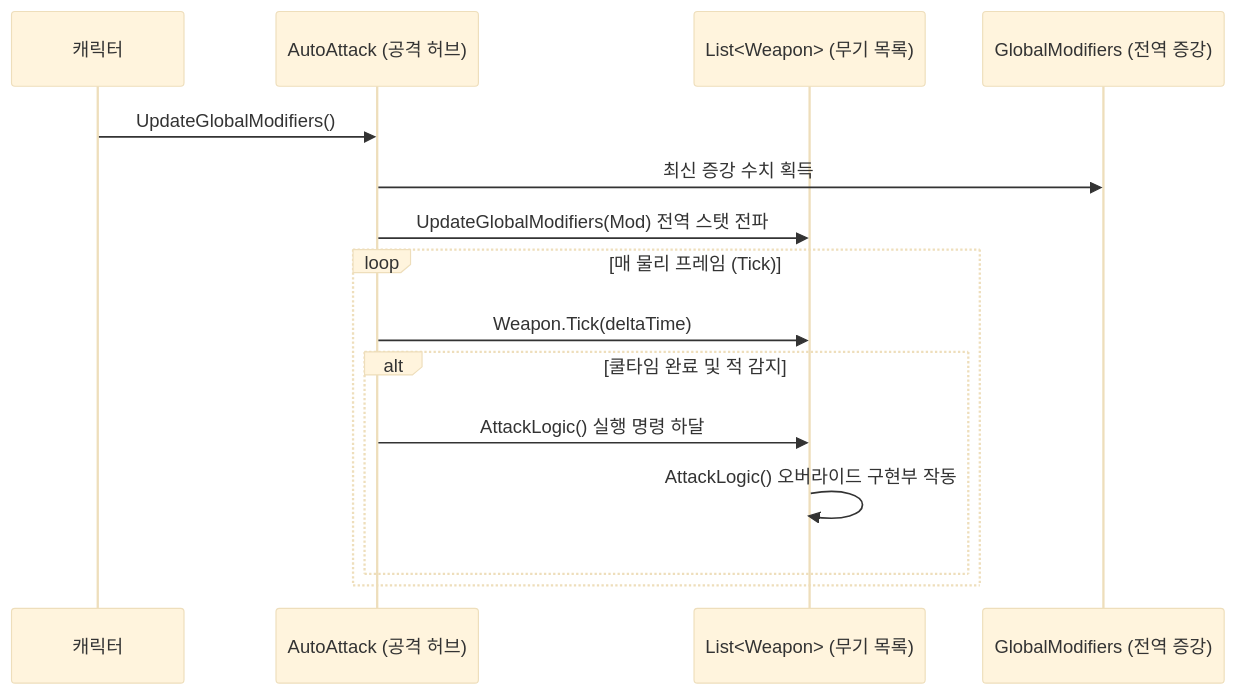
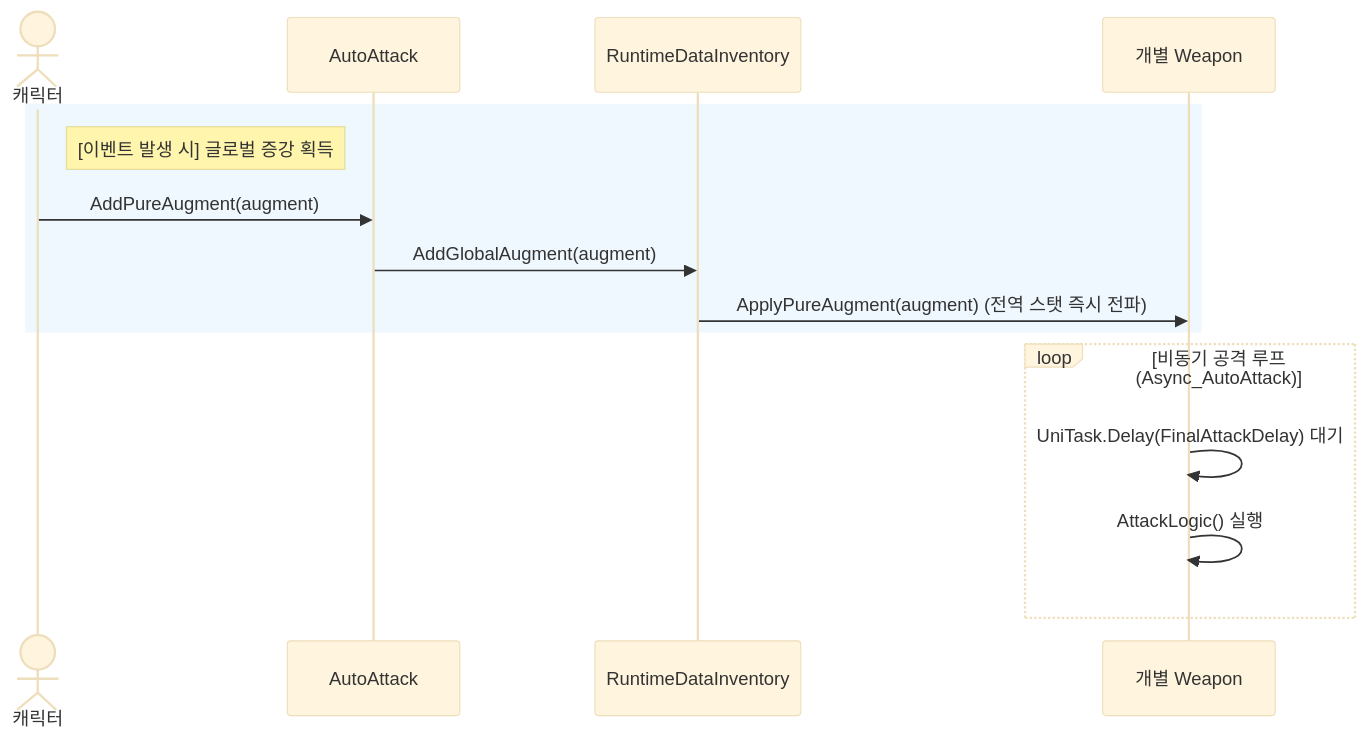
One commit to WhiteAppleKo/Portfolio changed the third of 5 diagrams in portfolio/project4/README.md. Above: the diagram before and after it, drawn with Mermaid (base theme). The commit also changed other lines of this file and 22 other files, not shown here.

````diff
--- a/portfolio/project4/README.md
+++ b/portfolio/project4/README.md
@@ -86,18 +120,19 @@
 ```mermaid
 sequenceDiagram
-    participant Player as 캐릭터
-    participant Hub as AutoAttack (공격 허브)
-    participant List as List<Weapon> (무기 목록)
-    participant Mod as GlobalModifiers (전역 증강)
+    actor Player as 캐릭터
+    participant Hub as AutoAttack
+    participant Inv as RuntimeDataInventory
+    participant Weapon as 개별 Weapon
 
-    Player->>Hub: UpdateGlobalModifiers()
-    Hub->>Mod: 최신 증강 수치 획득
-    Hub->>List: UpdateGlobalModifiers(Mod) 전역 스탯 전파
-    loop 매 물리 프레임 (Tick)
-        Hub->>List: Weapon.Tick(deltaTime)
-        alt 쿨타임 완료 및 적 감지
-            Hub->>List: AttackLogic() 실행 명령 하달
-            List->>List: AttackLogic() 오버라이드 구현부 작동
-        end
+    rect rgb(240, 248, 255)
+        note right of Player: [이벤트 발생 시] 글로벌 증강 획득
+        Player->>Hub: AddPureAugment(augment)
+        Hub->>Inv: AddGlobalAugment(augment)
+        Inv->>Weapon: ApplyPureAugment(augment) (전역 스탯 즉시 전파)
+    end
+
+    loop 비동기 공격 루프 (Async_AutoAttack)
+        Weapon->>Weapon: UniTask.Delay(FinalAttackDelay) 대기
+        Weapon->>Weapon: AttackLogic() 실행
     end
 ```
````
